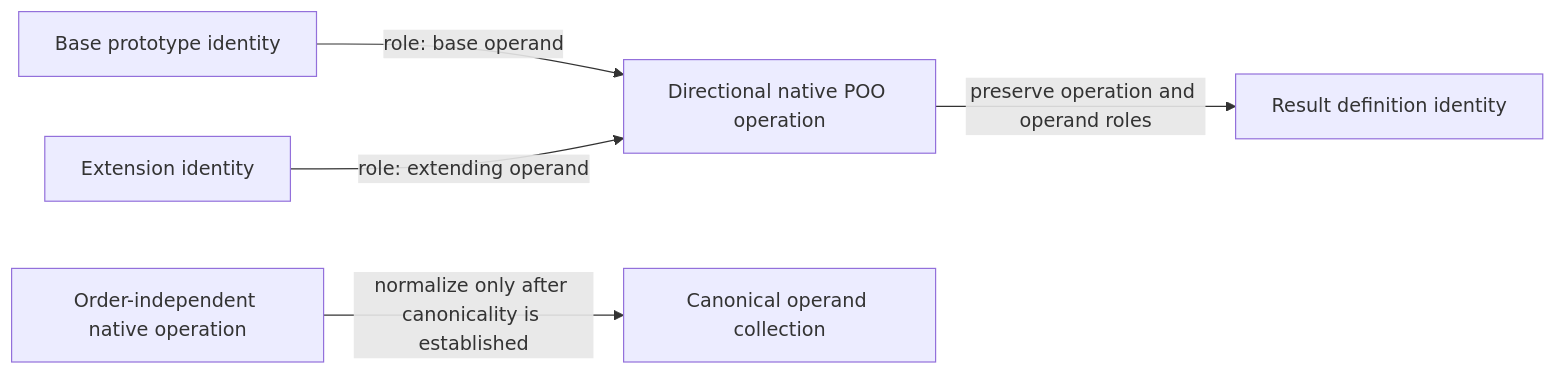
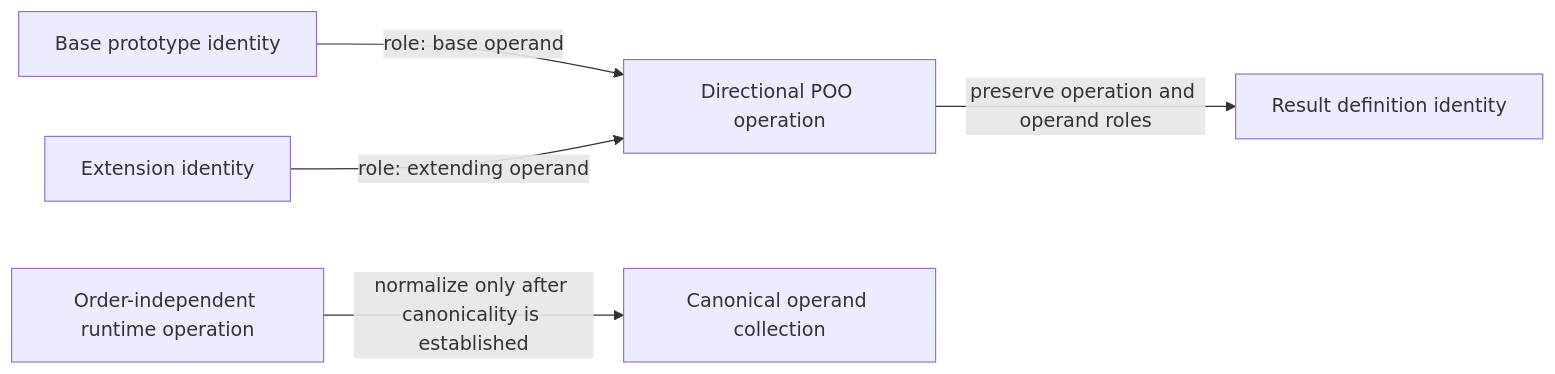
Before and after one commit to tao3k/gebril-yuanxu: the second of 3 diagrams in module-system/design/45-45-canonical-poo-composition-root-and-definition-graph-identity.org, drawn with Mermaid. The commit also changed other lines of this file and 1469 other files, not shown here.

```diff
--- a/module-system/design/45-45-canonical-poo-composition-root-and-definition-graph-identity.org
+++ b/module-system/design/45-45-canonical-poo-composition-root-and-definition-graph-identity.org
@@ -78,7 +78,7 @@
 #+begin_src mermaid
 flowchart LR
-    B["Base prototype identity"] -->|"role: base operand"| O["Directional native POO operation"]
+    B["Base prototype identity"] -->|"role: base operand"| O["Directional POO operation"]
     X["Extension identity"] -->|"role: extending operand"| O
     O -->|"preserve operation and operand roles"| R["Result definition identity"]
-    U["Order-independent native operation"] -->|"normalize only after canonicality is established"| C["Canonical operand collection"]
+    U["Order-independent runtime operation"] -->|"normalize only after canonicality is established"| C["Canonical operand collection"]
 #+end_src
```
